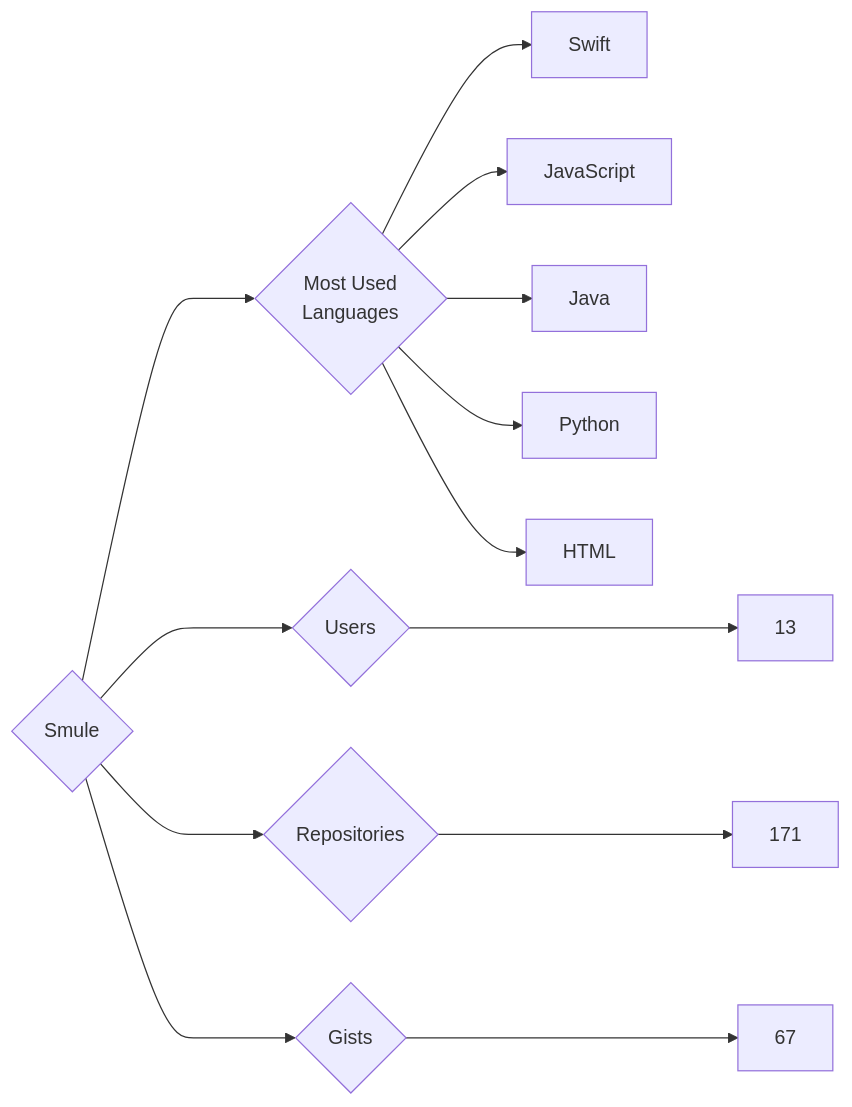
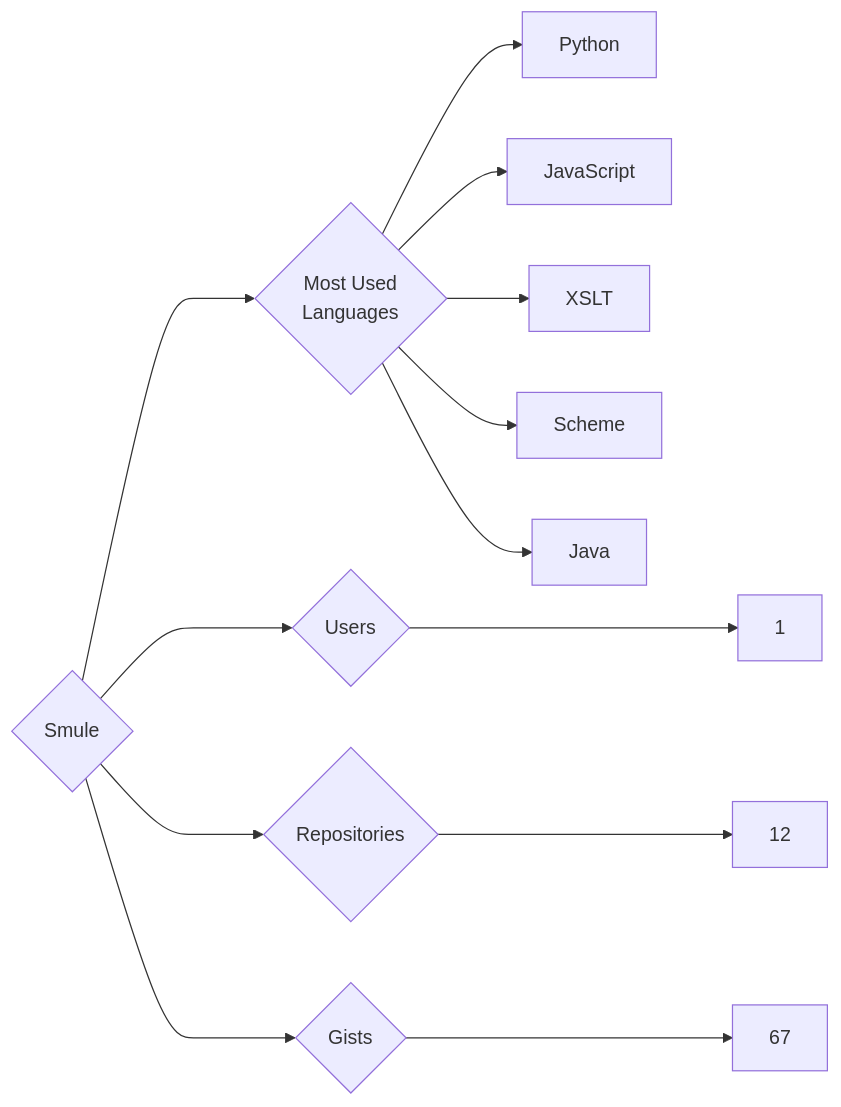
One commit to trickest/insiders changed the diagram in targets/Smule/README.md. Above: the diagram before and after it, drawn with Mermaid. The commit also changed 953 other files, not shown here.

````diff
--- a/targets/Smule/README.md
+++ b/targets/Smule/README.md
@@ -3,13 +3,13 @@
 ```mermaid
 graph LR
 COMPANY_NAME{Smule}
-COMPANY_NAME ---> U{Users} ---> UN[13]
-COMPANY_NAME ---> R{Repositories} ---> RN[171]
+COMPANY_NAME ---> U{Users} ---> UN[1]
+COMPANY_NAME ---> R{Repositories} ---> RN[12]
 COMPANY_NAME ---> G{Gists} ---> GN[67]
 COMPANY_NAME ---> ML{Most Used<br>Languages}
-ML --> Swift[Swift]
+ML --> Python[Python]
 ML --> JavaScript[JavaScript]
+ML --> XSLT[XSLT]
+ML --> Scheme[Scheme]
 ML --> Java[Java]
-ML --> Python[Python]
-ML --> HTML[HTML]
 ```
````
